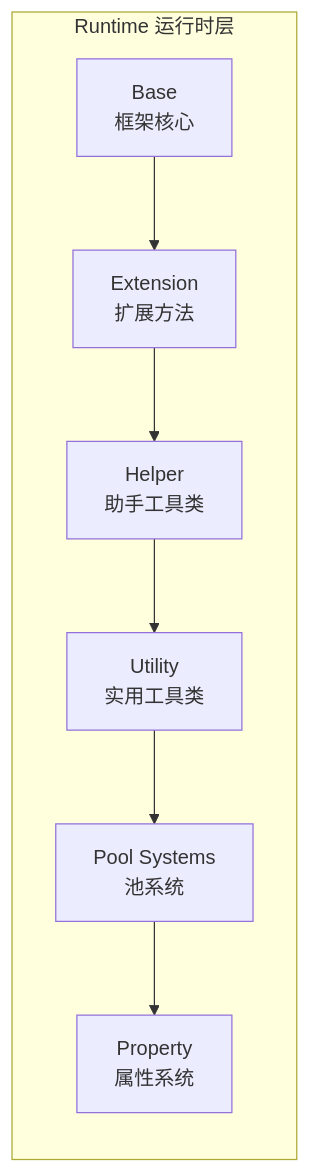
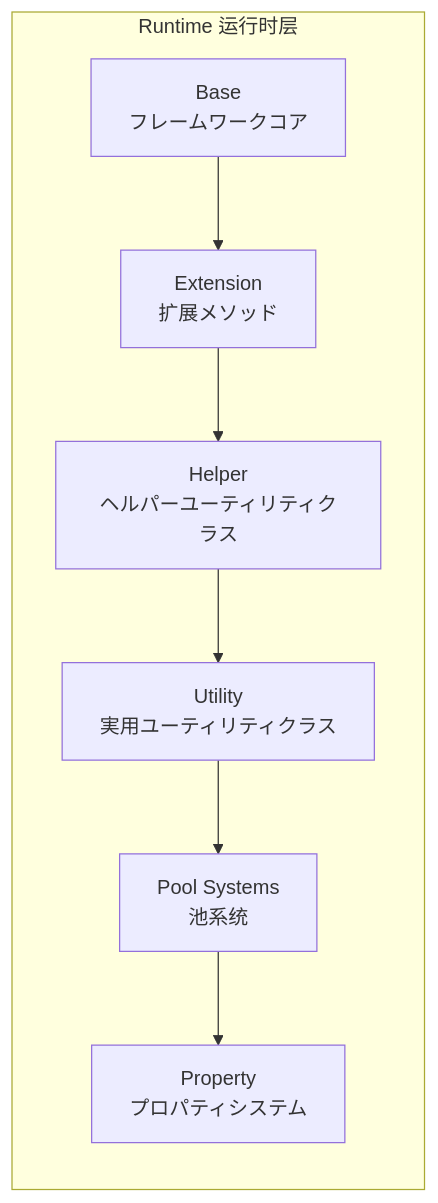
Before and after one commit to AlianBlank/GameFrameX.Docs: the second of 2 diagrams in docs/ja/client/unity/component/core/01.overview.md, drawn with Mermaid. The commit also changed other lines of this file and 603 other files, not shown here.

````diff
--- a/docs/ja/client/unity/component/core/01.overview.md
+++ b/docs/ja/client/unity/component/core/01.overview.md
@@ -99,11 +99,11 @@
 ```mermaid
 flowchart LR
     subgraph RuntimeCore["Runtime 运行时层"]
         direction TB
-        Base["Base<br/>框架核心"] --> Extension["Extension<br/>扩展方法"]
-        Extension --> Helper["Helper<br/>助手工具类"]
-        Helper --> Utility["Utility<br/>实用工具类"]
+        Base["Base<br/>フレームワークコア"] --> Extension["Extension<br/>扩展メソッド"]
+        Extension --> Helper["Helper<br/>ヘルパーユーティリティクラス"]
+        Helper --> Utility["Utility<br/>実用ユーティリティクラス"]
         Utility --> Pool["Pool Systems<br/>池系统"]
-        Pool --> Property["Property<br/>属性系统"]
+        Pool --> Property["Property<br/>プロパティシステム"]
     end
 ```
````
